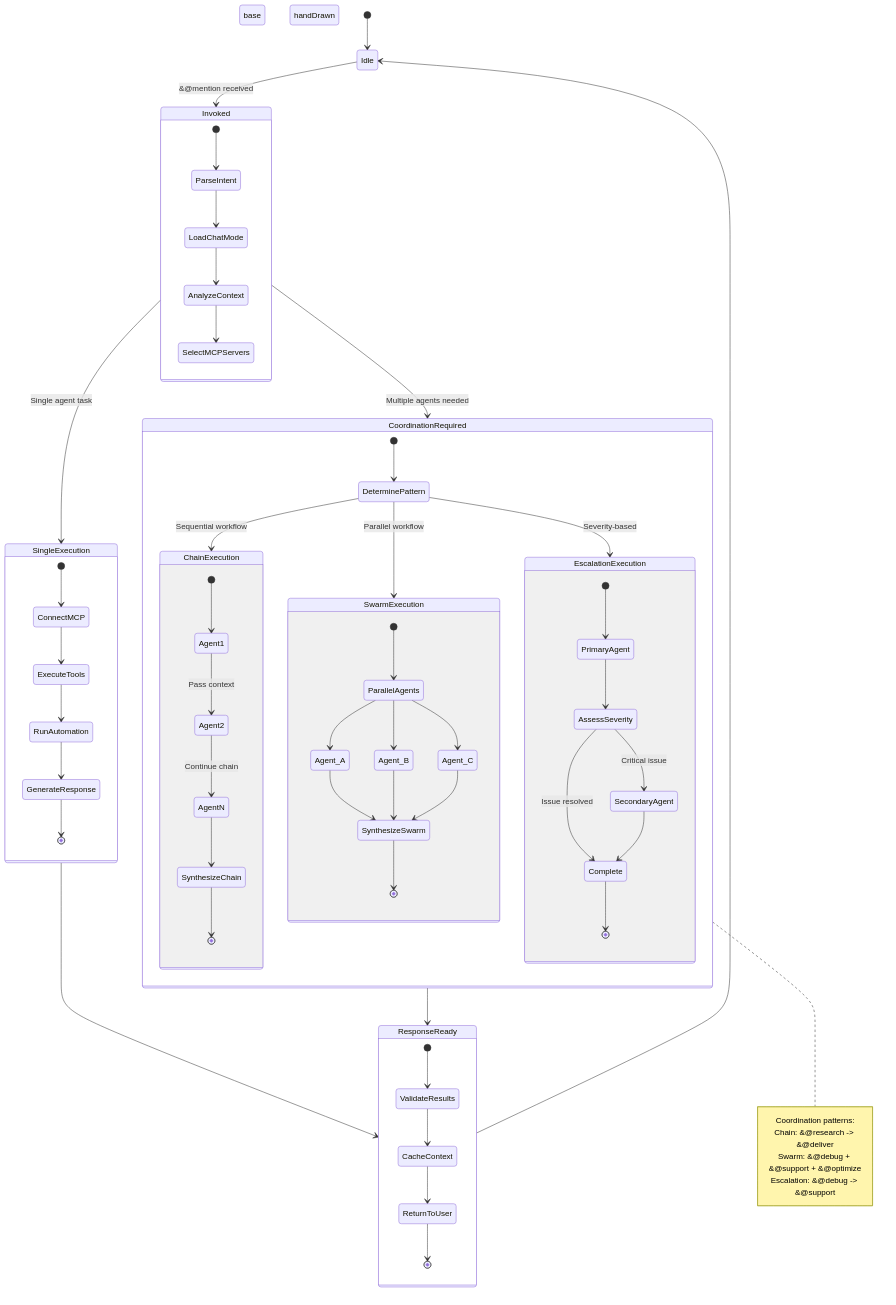
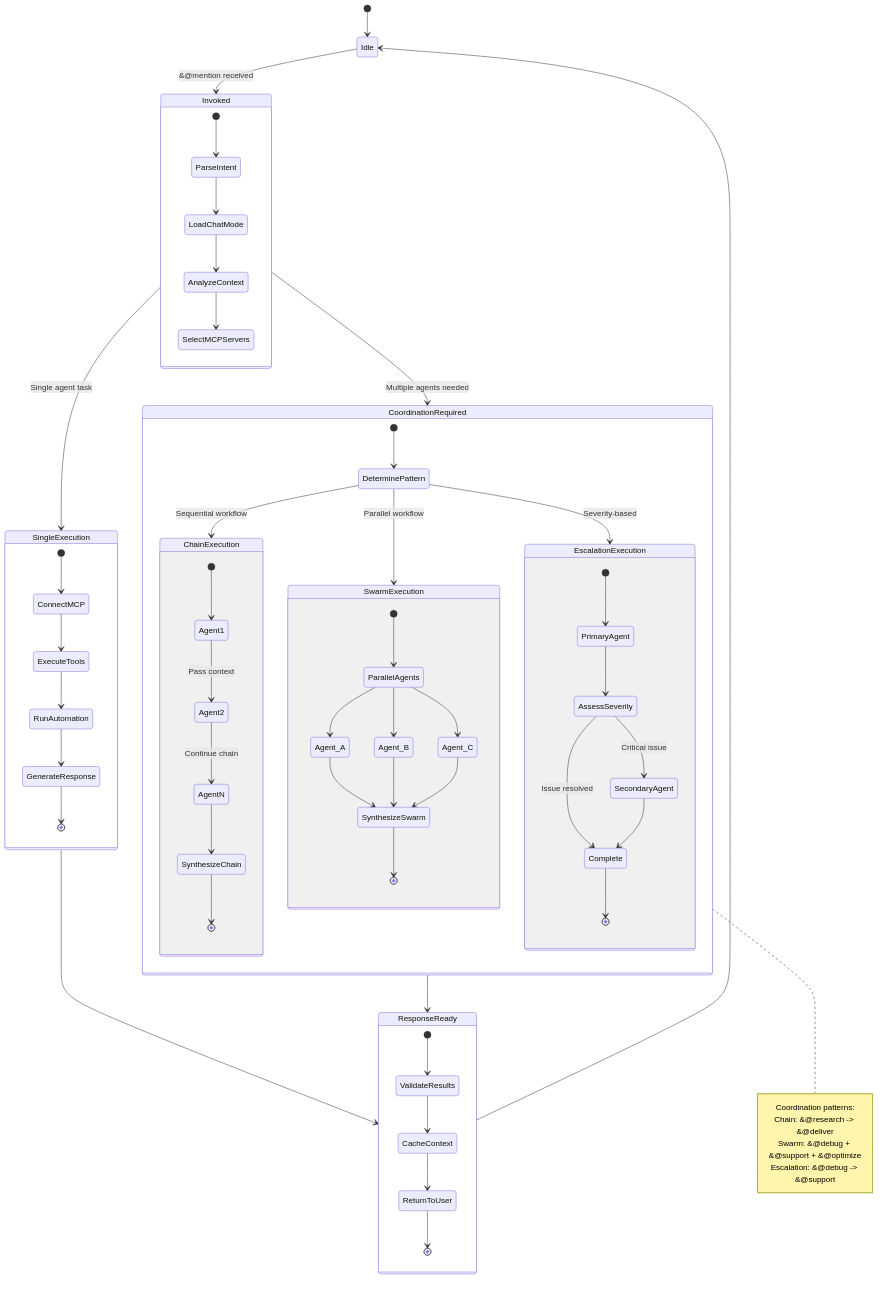
One commit to Alextorelli/ProspectPro changed the diagram in docs/tooling/diagrams/agent-lifecycle.mmd. Above: the diagram before and after it, drawn with Mermaid. The commit also changed 3 other files, not shown here.

Commit message:
Update documentation timestamps and refine diagram configurations for consistency

```diff
--- a/docs/tooling/diagrams/agent-lifecycle.mmd
+++ b/docs/tooling/diagrams/agent-lifecycle.mmd
@@ -1,68 +1,65 @@
 stateDiagram-v2
-
-    theme: base
-    look: handDrawn
 
 [*] --> Idle
 Idle --> Invoked : &#64;mention received
 state Invoked {
     [*] --> ParseIntent
     ParseIntent --> LoadChatMode
     LoadChatMode --> AnalyzeContext
     AnalyzeContext --> SelectMCPServers
 }
 Invoked --> SingleExecution : Single agent task
 Invoked --> CoordinationRequired : Multiple agents needed
 state SingleExecution {
     [*] --> ConnectMCP
     ConnectMCP --> ExecuteTools
     ExecuteTools --> RunAutomation
     RunAutomation --> GenerateResponse
     GenerateResponse --> [*]
 }
 state CoordinationRequired {
     [*] --> DeterminePattern
     DeterminePattern --> ChainExecution : Sequential workflow
     DeterminePattern --> SwarmExecution : Parallel workflow
     DeterminePattern --> EscalationExecution : Severity-based
     state ChainExecution {
         [*] --> Agent1
         Agent1 --> Agent2 : Pass context
         Agent2 --> AgentN : Continue chain
         AgentN --> SynthesizeChain
         SynthesizeChain --> [*]
     }
     state SwarmExecution {
         [*] --> ParallelAgents
         ParallelAgents --> Agent_A
         ParallelAgents --> Agent_B
         ParallelAgents --> Agent_C
         Agent_A --> SynthesizeSwarm
         Agent_B --> SynthesizeSwarm
         Agent_C --> SynthesizeSwarm
         SynthesizeSwarm --> [*]
     }
     state EscalationExecution {
         [*] --> PrimaryAgent
         PrimaryAgent --> AssessSeverity
         AssessSeverity --> SecondaryAgent : Critical issue
         AssessSeverity --> Complete : Issue resolved
         SecondaryAgent --> Complete
         Complete --> [*]
     }
 }
 SingleExecution --> ResponseReady
 CoordinationRequired --> ResponseReady
 state ResponseReady {
     [*] --> ValidateResults
     ValidateResults --> CacheContext
     CacheContext --> ReturnToUser
     ReturnToUser --> [*]
 }
 ResponseReady --> Idle
 note right of CoordinationRequired
     Coordination patterns:
     Chain: &#64;research -> &#64;deliver
     Swarm: &#64;debug + &#64;support + &#64;optimize
     Escalation: &#64;debug -> &#64;support
 end note
```
